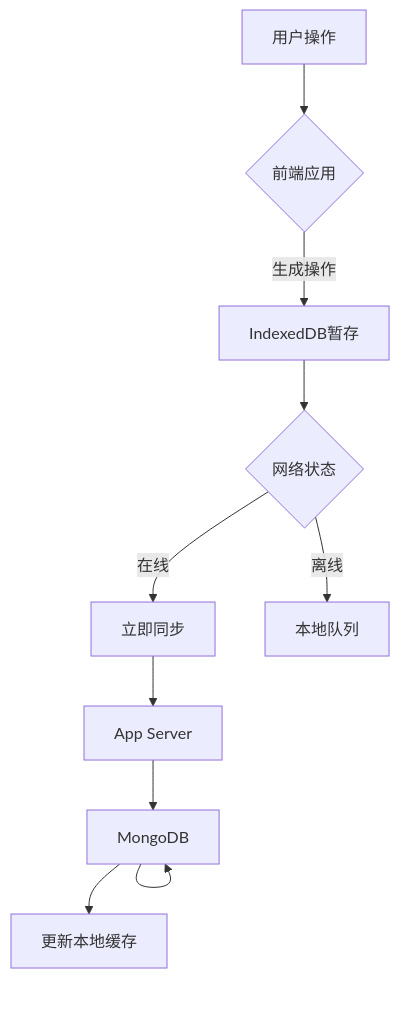
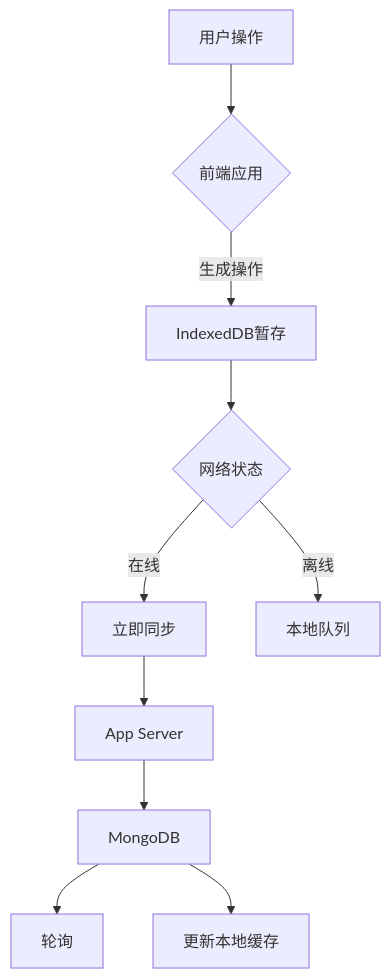
Before and after one commit to yingjianzh/iodraw-files: the diagram in all/未命名-21.md, drawn with Mermaid.

Commit message:
2025-02-17 14:46:24 update

````diff
--- a/all/未命名-21.md
+++ b/all/未命名-21.md
@@ -1,12 +1,12 @@
 ```mermaid
 graph TD
     A[用户操作] --> B{前端应用}
     B -->|生成操作| C[IndexedDB暂存]
     C --> D{网络状态}
     D -->|在线| E[立即同步]
     D -->|离线| F[本地队列]
     E --> G[App Server]
     G --> H[MongoDB]
-    H -->
+    H --> I[轮询]
     H --> K[更新本地缓存]
 ```
````
